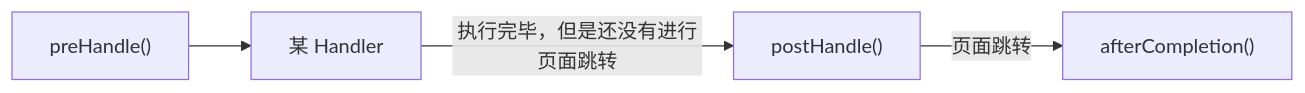
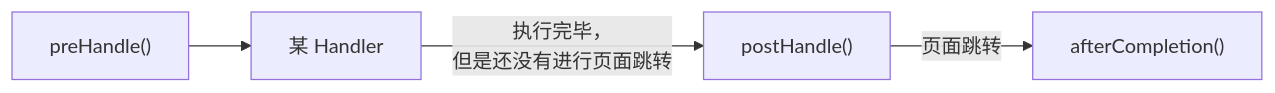
One commit to kekaiyuan/resource changed the third of 4 diagrams in _posts/java/framework/spring-mvc/2021-08-22-03-usage.md. Above: the diagram before and after it, drawn with Mermaid.

Commit message:
修改文件: _posts/java/framework/spring-mvc/2021-08-22-03-usage.md

````diff
--- a/_posts/java/framework/spring-mvc/2021-08-22-03-usage.md
+++ b/_posts/java/framework/spring-mvc/2021-08-22-03-usage.md
@@ -663,6 +663,6 @@
 ```mermaid
 graph LR;
 A["preHandle()"] --> B["某 Handler"]
-B --"执行完毕，但是还没有进行页面跳转"--> C["postHandle()"]
+B --"执行完毕，<br>但是还没有进行页面跳转"--> C["postHandle()"]
 C --"页面跳转"--> D["afterCompletion()"]
 ```
````
